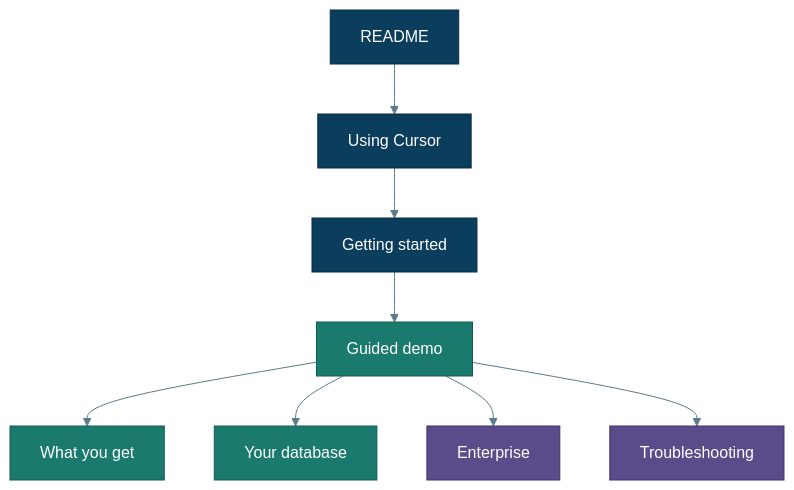
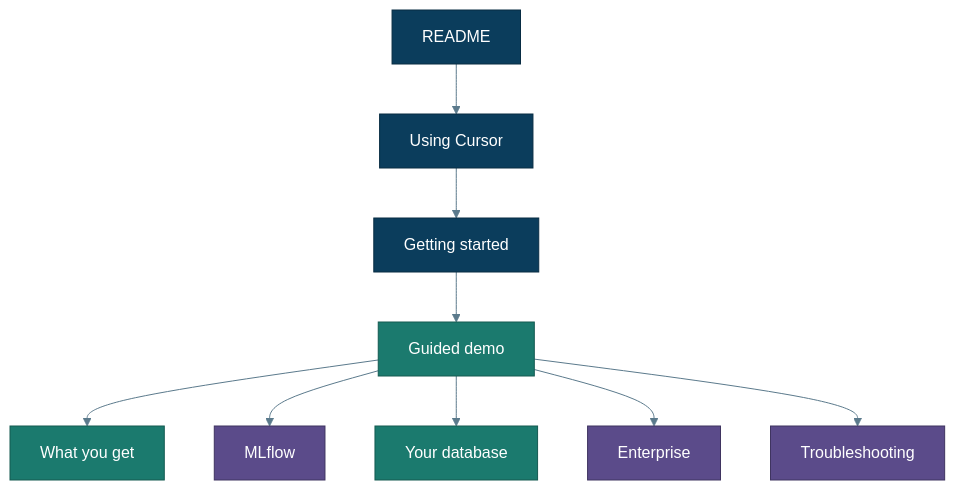
Before and after one commit to Jericho2010/edwmigration: the diagram in docs/README.md, drawn with Mermaid. The commit also changed other lines of this file and 3 other files, not shown here.

````diff
--- a/docs/README.md
+++ b/docs/README.md
@@ -11,17 +12,18 @@
 ```mermaid
 %%{init: {"theme":"base","themeVariables":{"primaryColor":"#E8F1F8","primaryTextColor":"#0B3D5C","primaryBorderColor":"#0B3D5C","lineColor":"#5B7A8C","secondaryColor":"#E6F4F1","tertiaryColor":"#F7F3EA","background":"#FFFFFF","mainBkg":"#E8F1F8","clusterBkg":"#F7FAFC","clusterBorder":"#5B7A8C","titleColor":"#0B3D5C","edgeLabelBackground":"#FFFFFF"}}}%%
 flowchart TD
   R[README] --> CU[Using Cursor]
   CU --> GS[Getting started]
   GS --> GD[Guided demo]
   GD --> WYG[What you get]
+  GD --> ML[MLflow]
   GD --> YD[Your database]
   GD --> ENT[Enterprise]
   GD --> TB[Troubleshooting]
   classDef user fill:#0B3D5C,stroke:#082C43,color:#fff
   classDef agent fill:#1B7A6E,stroke:#145A51,color:#fff
   classDef ops fill:#5B4B8A,stroke:#3F3460,color:#fff
   class R,CU,GS user
   class WYG,GD,YD agent
-  class ENT,TB ops
+  class ENT,TB,ML ops
 ```
````
